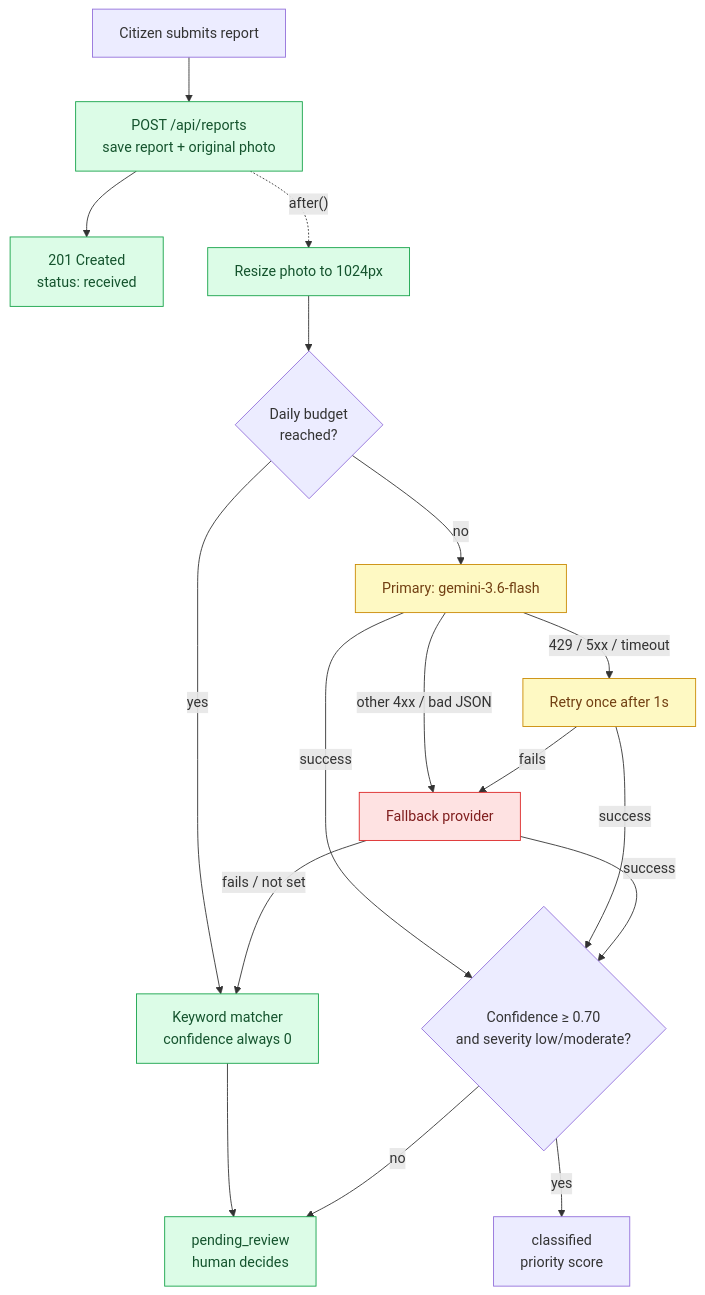
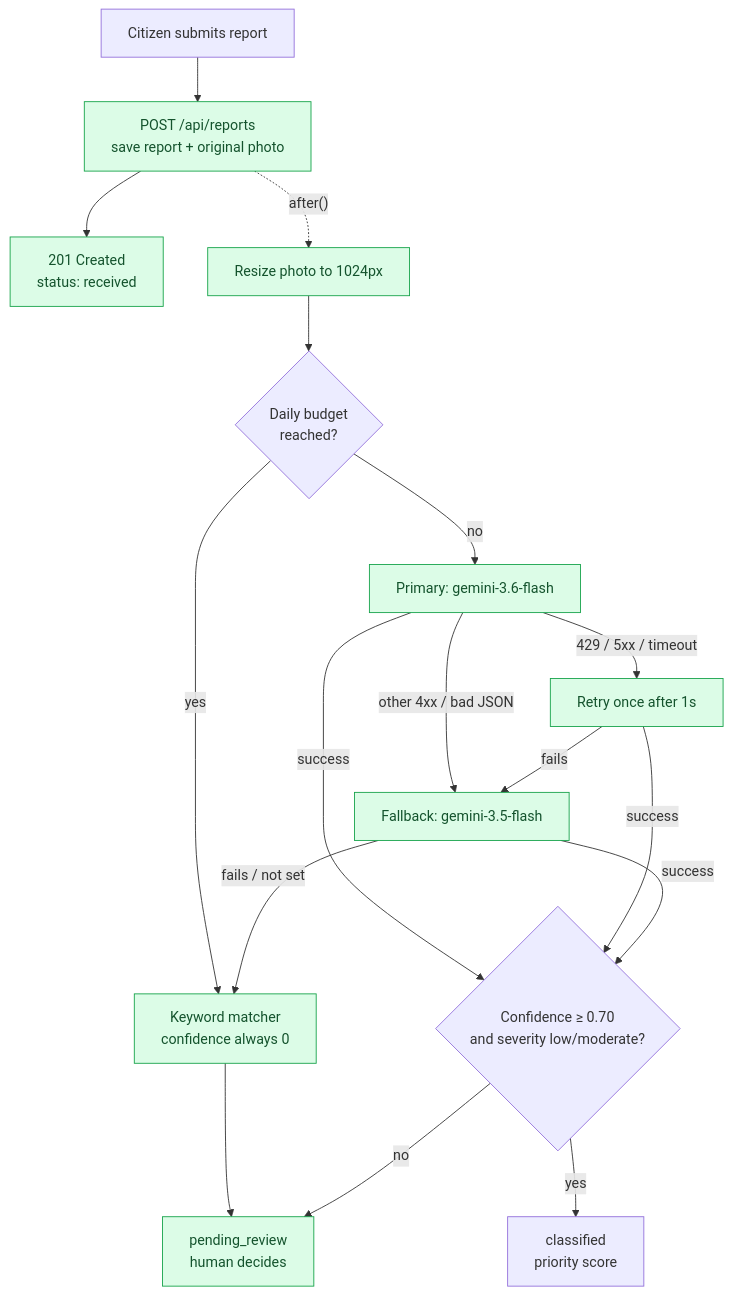
Before and after one commit to helidastar/SAGIP-AI: the first of 9 diagrams in docs/handoffs/ai-benchmarking.md, drawn with Mermaid. The commit also changed other lines of this file, not shown here.

Commit message:
docs(ai): log switch to gemini-3.1-flash-lite

````diff
--- a/docs/handoffs/ai-benchmarking.md
+++ b/docs/handoffs/ai-benchmarking.md
@@ -24,26 +24,26 @@
 ```mermaid
 flowchart TD
     A[Citizen submits report] --> B[POST /api/reports<br/>save report + original photo]
     B --> C[201 Created<br/>status: received]
     B -. "after()" .-> D[Resize photo to 1024px]
     D --> E{Daily budget<br/>reached?}
     E -- yes --> K
     E -- no --> P[Primary: gemini-3.6-flash]
     P -- success --> R{Confidence ≥ 0.70<br/>and severity low/moderate?}
     P -- "429 / 5xx / timeout" --> P2[Retry once after 1s]
     P -- "other 4xx / bad JSON" --> F
     P2 -- success --> R
-    P2 -- fails --> F[Fallback provider]
+    P2 -- fails --> F[Fallback: gemini-3.5-flash]
     F -- success --> R
     F -- "fails / not set" --> K[Keyword matcher<br/>confidence always 0]
     K --> Q[pending_review<br/>human decides]
     R -- yes --> S[classified<br/>priority score]
     R -- no --> Q
 
     classDef ok fill:#DCFCE7,stroke:#16A34A,color:#14532D
     classDef bad fill:#FEE2E2,stroke:#DC2626,color:#7F1D1D
     classDef warn fill:#FEF9C3,stroke:#CA8A04,color:#713F12
-    class B,C,D,K,Q ok
-    class F bad
-    class P,P2 warn
+    class B,C,D,F,K,P,P2,Q ok
+
+
 ```
````
